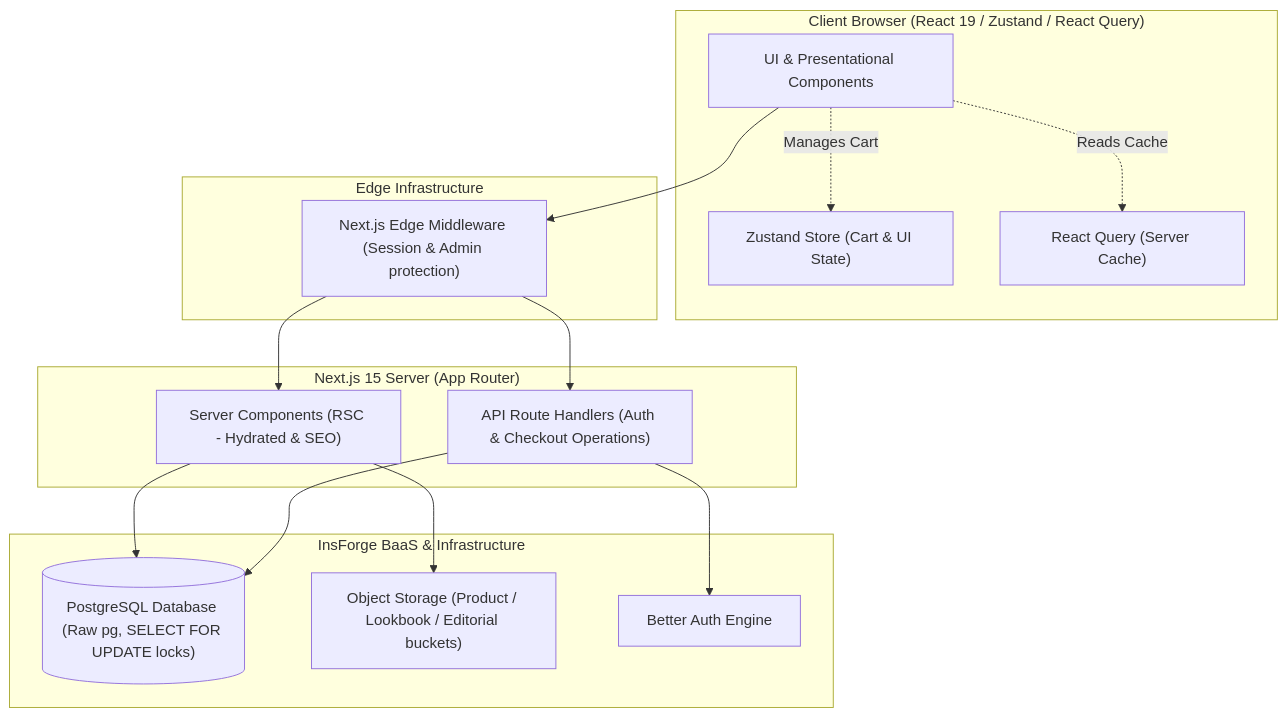
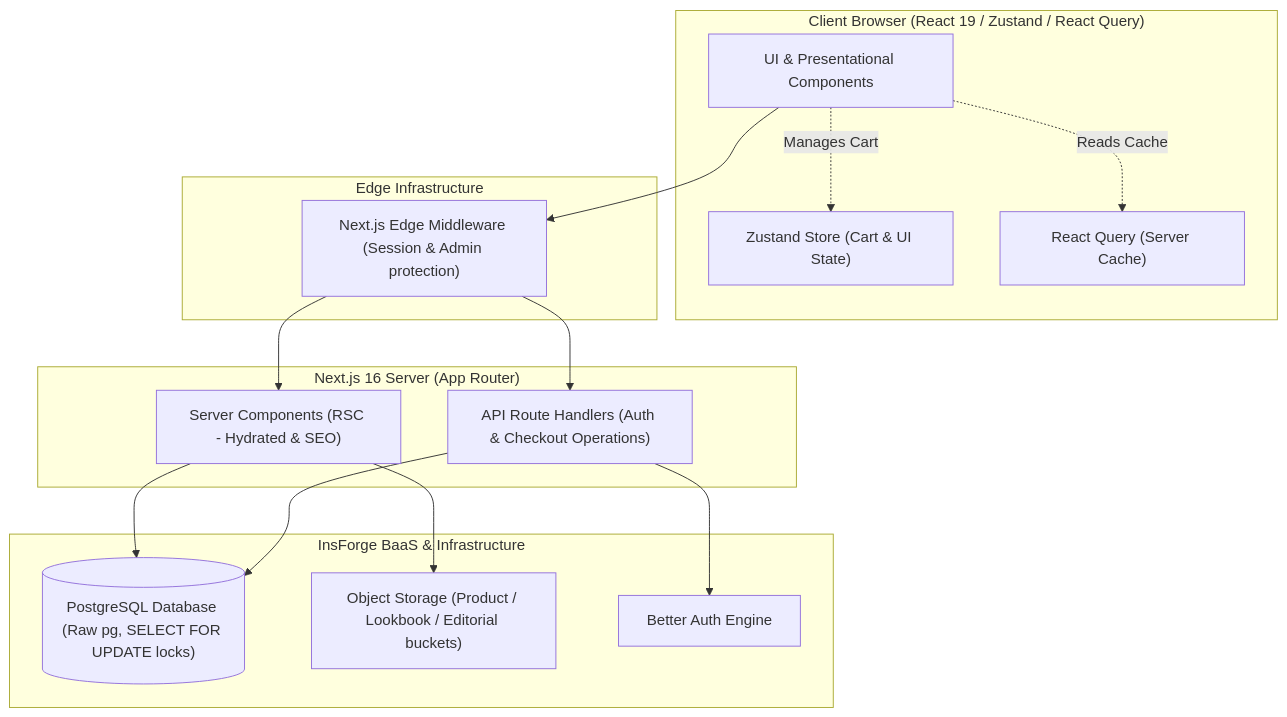
Before and after one commit to 1ewig/aurora: the diagram in README.md, drawn with Mermaid. The commit also changed other lines of this file, not shown here.

Commit message:
docs: update README with Next.js 16, Lighthouse scores, and search features

````diff
--- a/README.md
+++ b/README.md
@@ -37,33 +48,33 @@
 ```mermaid
 graph TD
     subgraph Client ["Client Browser (React 19 / Zustand / React Query)"]
         UI["UI & Presentational Components"]
         Zustand["Zustand Store (Cart & UI State)"]
         RQ["React Query (Server Cache)"]
     end
 
     subgraph Edge ["Edge Infrastructure"]
         Middleware["Next.js Edge Middleware (Session & Admin protection)"]
     end
 
-    subgraph Server ["Next.js 15 Server (App Router)"]
+    subgraph Server ["Next.js 16 Server (App Router)"]
         RSC["Server Components (RSC - Hydrated & SEO)"]
         Routes["API Route Handlers (Auth & Checkout Operations)"]
     end
 
     subgraph Backend ["InsForge BaaS & Infrastructure"]
         Postgres[("PostgreSQL Database (Raw pg, SELECT FOR UPDATE locks)")]
         Storage["Object Storage (Product / Lookbook / Editorial buckets)"]
         BetterAuth["Better Auth Engine"]
     end
 
     UI --> Middleware
     Middleware --> RSC
     Middleware --> Routes
     RSC --> Postgres
     RSC --> Storage
     Routes --> Postgres
     Routes --> BetterAuth
     UI -.-> |Reads Cache| RQ
     UI -.-> |Manages Cart| Zustand
 ```
````
